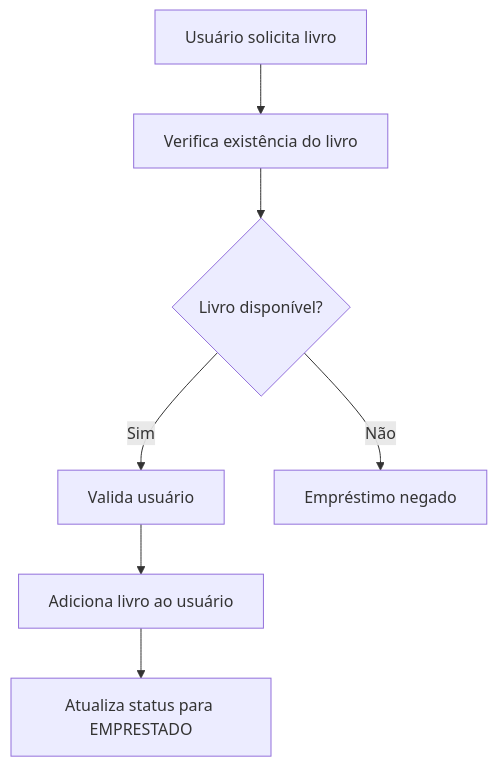
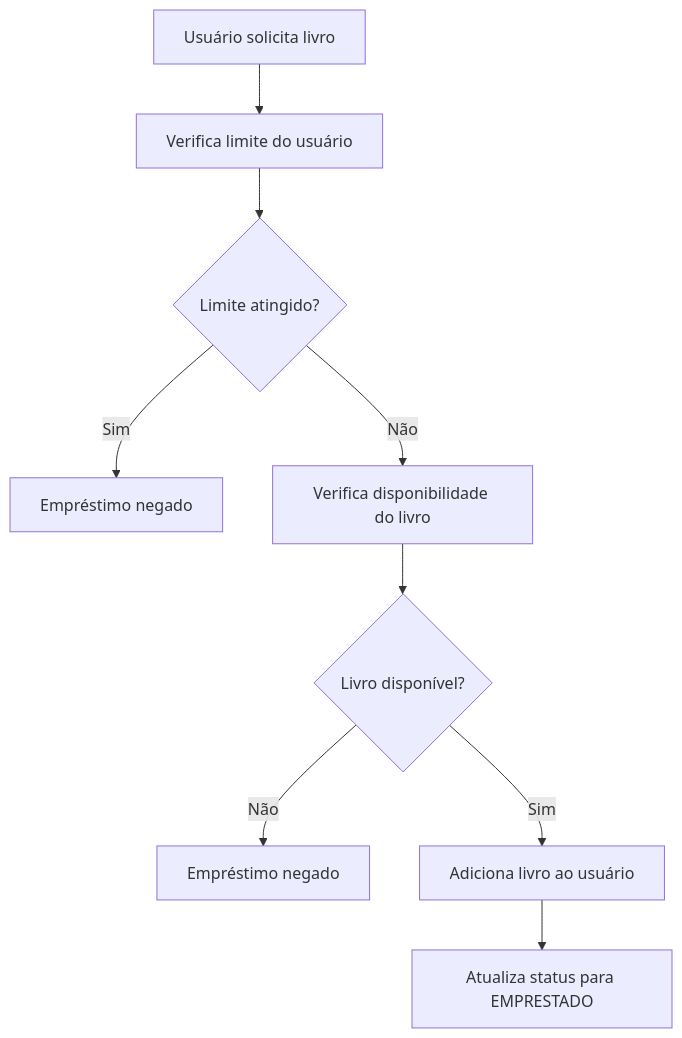
One commit to alevir-dev/library-management-system changed the first of 2 diagrams in README.md. Above: the diagram before and after it, drawn with Mermaid. The commit also changed other lines of this file, not shown here.

Commit message:
docs: update README with new features and architecture

````diff
--- a/README.md
+++ b/README.md
@@ -111,13 +124,12 @@
 ```mermaid
 flowchart TD
     A[Usuário solicita livro]
-    --> B[Verifica existência do livro]
-
-    B --> C{Livro disponível?}
-
-    C -- Sim --> D[Valida usuário]
-    C -- Não --> E[Empréstimo negado]
-
-    D --> F[Adiciona livro ao usuário]
-    F --> G[Atualiza status para EMPRESTADO]
+    --> B[Verifica limite do usuário]
+    B --> C{Limite atingido?}
+    C -- Sim --> D[Empréstimo negado]
+    C -- Não --> E[Verifica disponibilidade do livro]
+    E --> F{Livro disponível?}
+    F -- Não --> G[Empréstimo negado]
+    F -- Sim --> H[Adiciona livro ao usuário]
+    H --> I[Atualiza status para EMPRESTADO]
 ```
````
